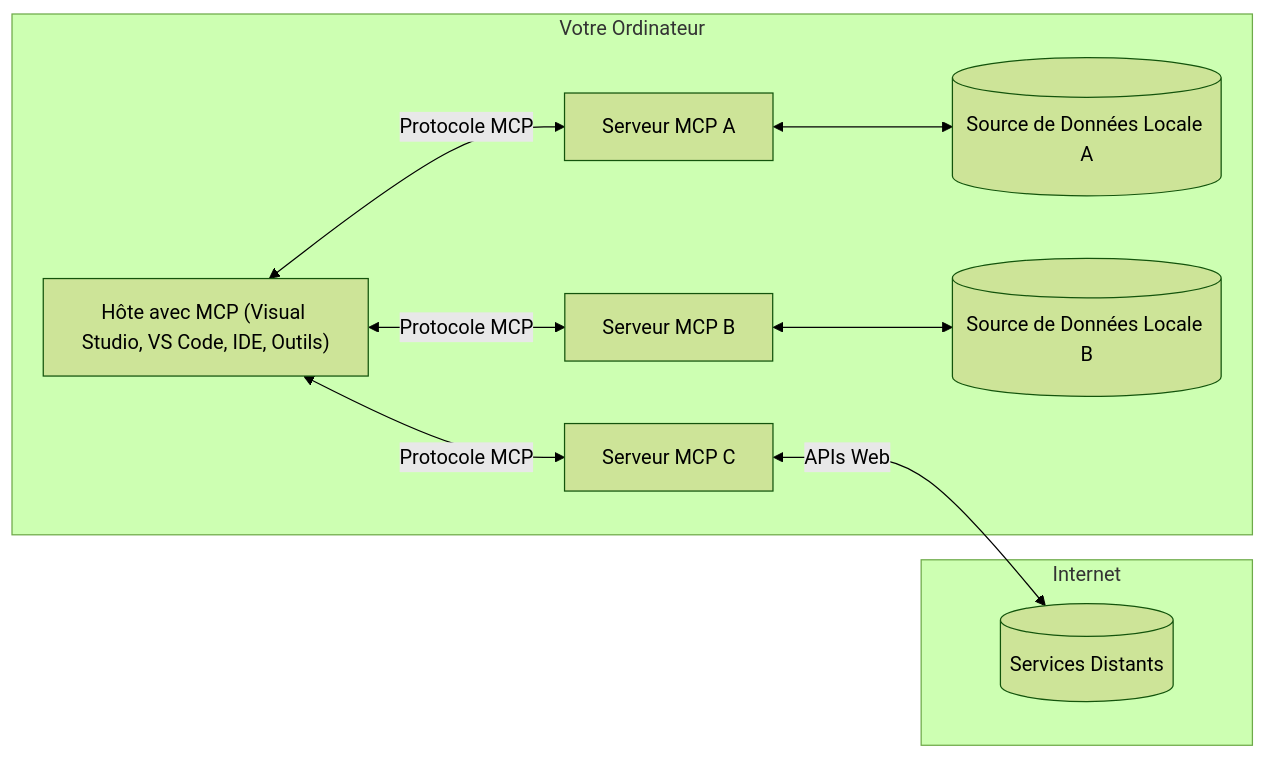
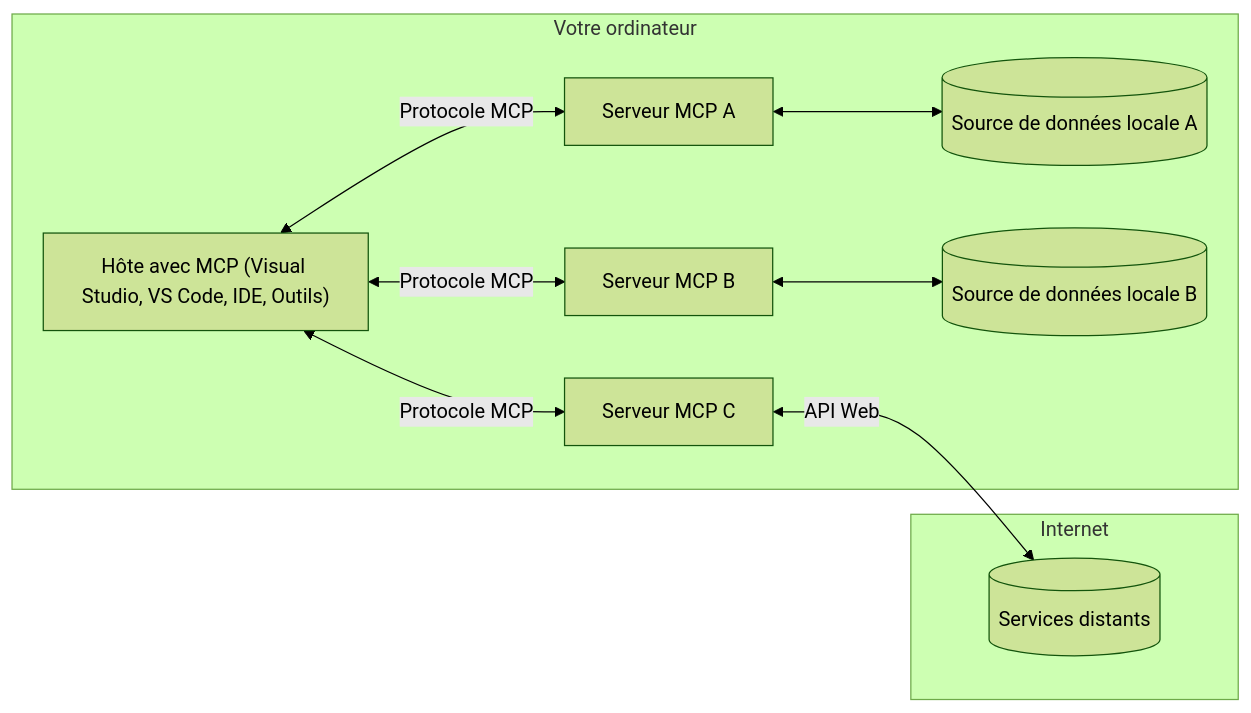
One commit to Mu-L/mcp-for-beginners changed the diagram in translations/fr/01-CoreConcepts/README.md. Above: the diagram before and after it, drawn with Mermaid (forest theme). The commit also changed other lines of this file and 110 other files, not shown here.

````diff
--- a/translations/fr/01-CoreConcepts/README.md
+++ b/translations/fr/01-CoreConcepts/README.md
@@ -45,17 +45,17 @@
 ```mermaid
 flowchart LR
-    subgraph "Votre Ordinateur"
+    subgraph "Votre ordinateur"
         Host["Hôte avec MCP (Visual Studio, VS Code, IDE, Outils)"]
         S1["Serveur MCP A"]
         S2["Serveur MCP B"]
         S3["Serveur MCP C"]
         Host <-->|"Protocole MCP"| S1
         Host <-->|"Protocole MCP"| S2
         Host <-->|"Protocole MCP"| S3
-        S1 <--> D1[("Source de Données Locale A")]
-        S2 <--> D2[("Source de Données Locale B")]
+        S1 <--> D1[("Source de données locale A")]
+        S2 <--> D2[("Source de données locale B")]
     end
     subgraph "Internet"
-        S3 <-->|"APIs Web"| D3[("Services Distants")]
+        S3 <-->|"API Web"| D3[("Services distants")]
     end
 ```
````
